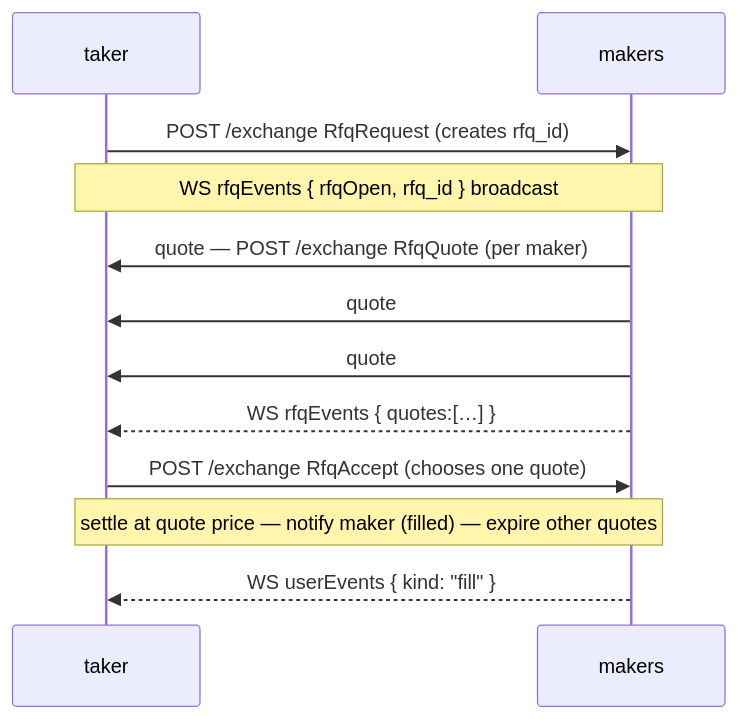
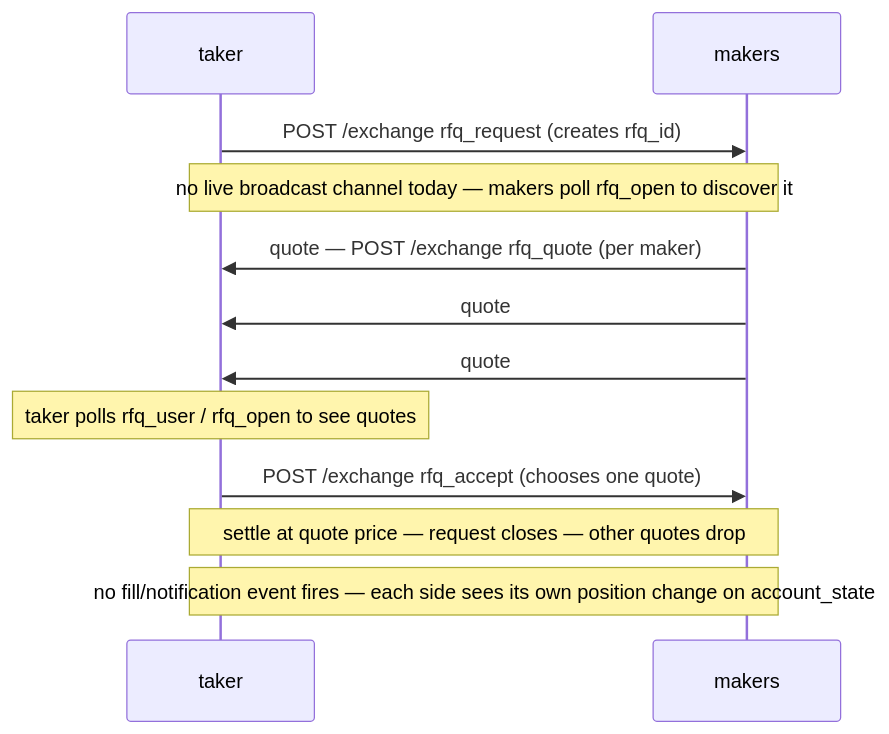
One commit to mtf-exchange/metaflux-knowledges changed the first of 2 diagrams in docs/concepts/rfq.md. Above: the diagram before and after it, drawn with Mermaid. The commit also changed other lines of this file and 31 other files, not shown here.

````diff
--- a/docs/concepts/rfq.md
+++ b/docs/concepts/rfq.md
@@ -23,14 +23,14 @@
 ```mermaid
 sequenceDiagram
     participant taker
     participant makers
-    taker->>makers: POST /exchange RfqRequest (creates rfq_id)
-    Note over taker,makers: WS rfqEvents { rfqOpen, rfq_id } broadcast
-    makers->>taker: quote — POST /exchange RfqQuote (per maker)
+    taker->>makers: POST /exchange rfq_request (creates rfq_id)
+    Note over taker,makers: no live broadcast channel today — makers poll rfq_open to discover it
+    makers->>taker: quote — POST /exchange rfq_quote (per maker)
     makers->>taker: quote
     makers->>taker: quote
-    makers-->>taker: WS rfqEvents { quotes:[…] }
-    taker->>makers: POST /exchange RfqAccept (chooses one quote)
-    Note over taker,makers: settle at quote price — notify maker (filled) — expire other quotes
-    makers-->>taker: WS userEvents { kind: "fill" }
+    Note over taker: taker polls rfq_user / rfq_open to see quotes
+    taker->>makers: POST /exchange rfq_accept (chooses one quote)
+    Note over taker,makers: settle at quote price — request closes — other quotes drop
+    Note over taker,makers: no fill/notification event fires — each side sees its own position change on account_state
 ```
````
